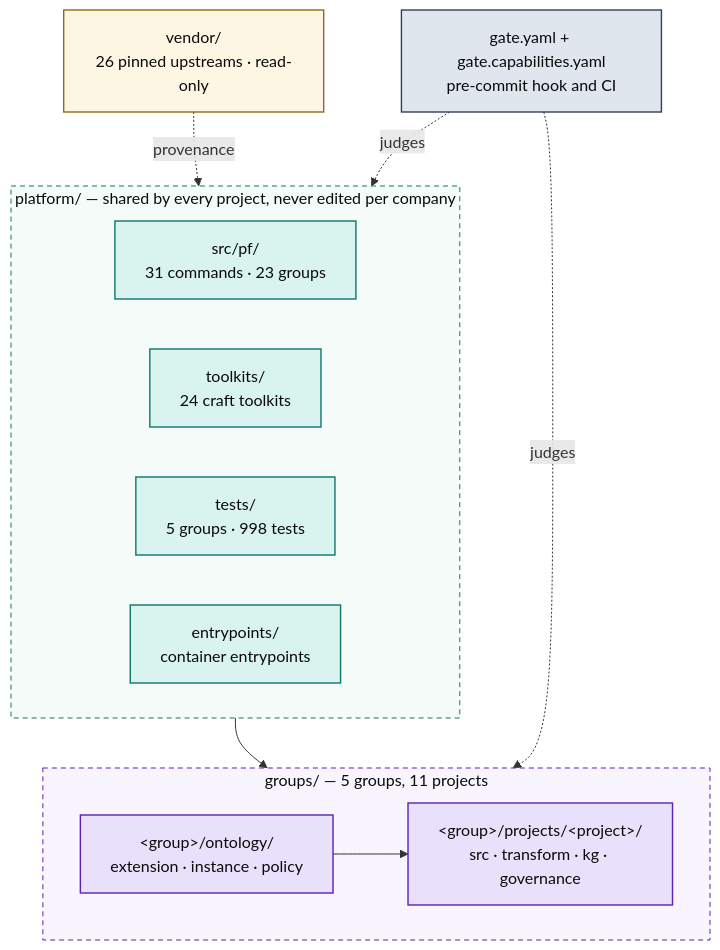
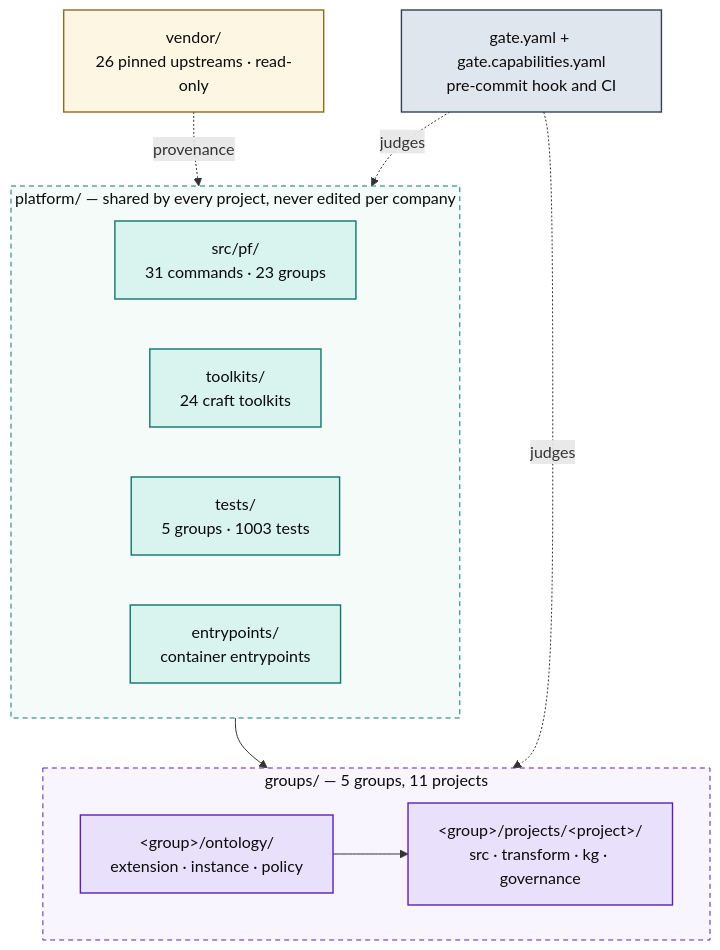
One commit to Atomz-org/data-platform changed the first of 5 diagrams in docs/ARCHITECTURE.md. Above: the diagram before and after it, drawn with Mermaid. The commit also changed other lines of this file and 2 other files, not shown here.

Commit message:
Refresh the indexes for the metric-source fix
`pf test index`, `pf arch build`, `pf guide build`: five new tests, and the
maps count what the suite and the repository hold.

````diff
--- a/docs/ARCHITECTURE.md
+++ b/docs/ARCHITECTURE.md
@@ -15,36 +15,36 @@
 ```mermaid
 flowchart TB
   subgraph SHARED["platform/ — shared by every project, never edited per company"]
     direction LR
     ENG["src/pf/<br/>31 commands · 23 groups"]
     TK["toolkits/<br/>24 craft toolkits"]
-    TST["tests/<br/>5 groups · 998 tests"]
+    TST["tests/<br/>5 groups · 1003 tests"]
     ENT["entrypoints/<br/>container entrypoints"]
   end
 
   subgraph ENTITIES["groups/ — 5 groups, 11 projects"]
     direction LR
     GRP["&lt;group&gt;/ontology/<br/>extension · instance · policy"]
     PRJ["&lt;group&gt;/projects/&lt;project&gt;/<br/>src · transform · kg · governance"]
     GRP --> PRJ
   end
 
   VEN["vendor/<br/>26 pinned upstreams · read-only"]
   GATE["gate.yaml + gate.capabilities.yaml<br/>pre-commit hook and CI"]
 
   SHARED --> ENTITIES
   VEN -.provenance.-> SHARED
   GATE -.judges.-> ENTITIES
   GATE -.judges.-> SHARED
 
   classDef code fill:#d9f4ee,stroke:#0f766e,stroke-width:1.4px,color:#0b0b0b
   classDef data fill:#e9e1fb,stroke:#5b21b6,stroke-width:1.4px,color:#0b0b0b
   classDef gov fill:#e0e6ed,stroke:#334155,stroke-width:1.4px,color:#0b0b0b
   classDef ext fill:#fdf6e3,stroke:#8a6d1f,stroke-width:1.4px,color:#0b0b0b
   class ENG,TK,TST,ENT code
   class GRP,PRJ data
   class GATE gov
   class VEN ext
   style SHARED fill:#f4fbf9,stroke:#0f766e,stroke-dasharray:5 4,color:#0b0b0b
   style ENTITIES fill:#f8f5fe,stroke:#5b21b6,stroke-dasharray:5 4,color:#0b0b0b
 ```
````
